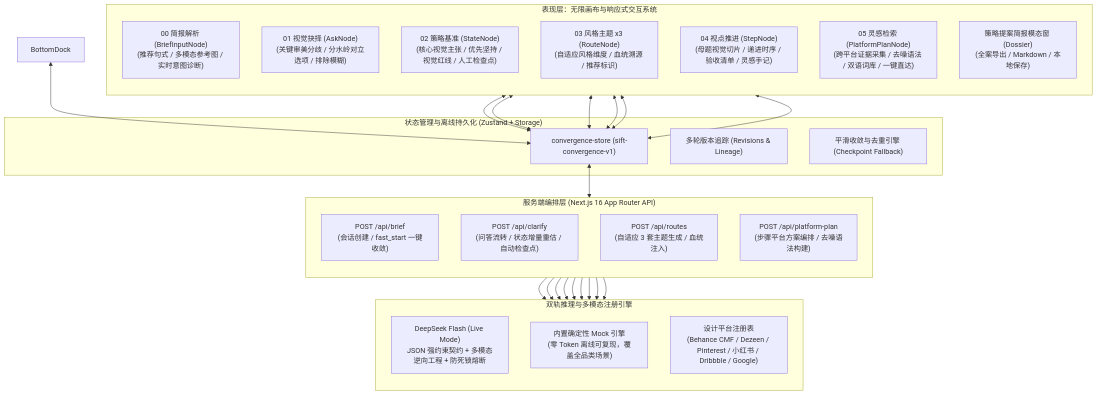
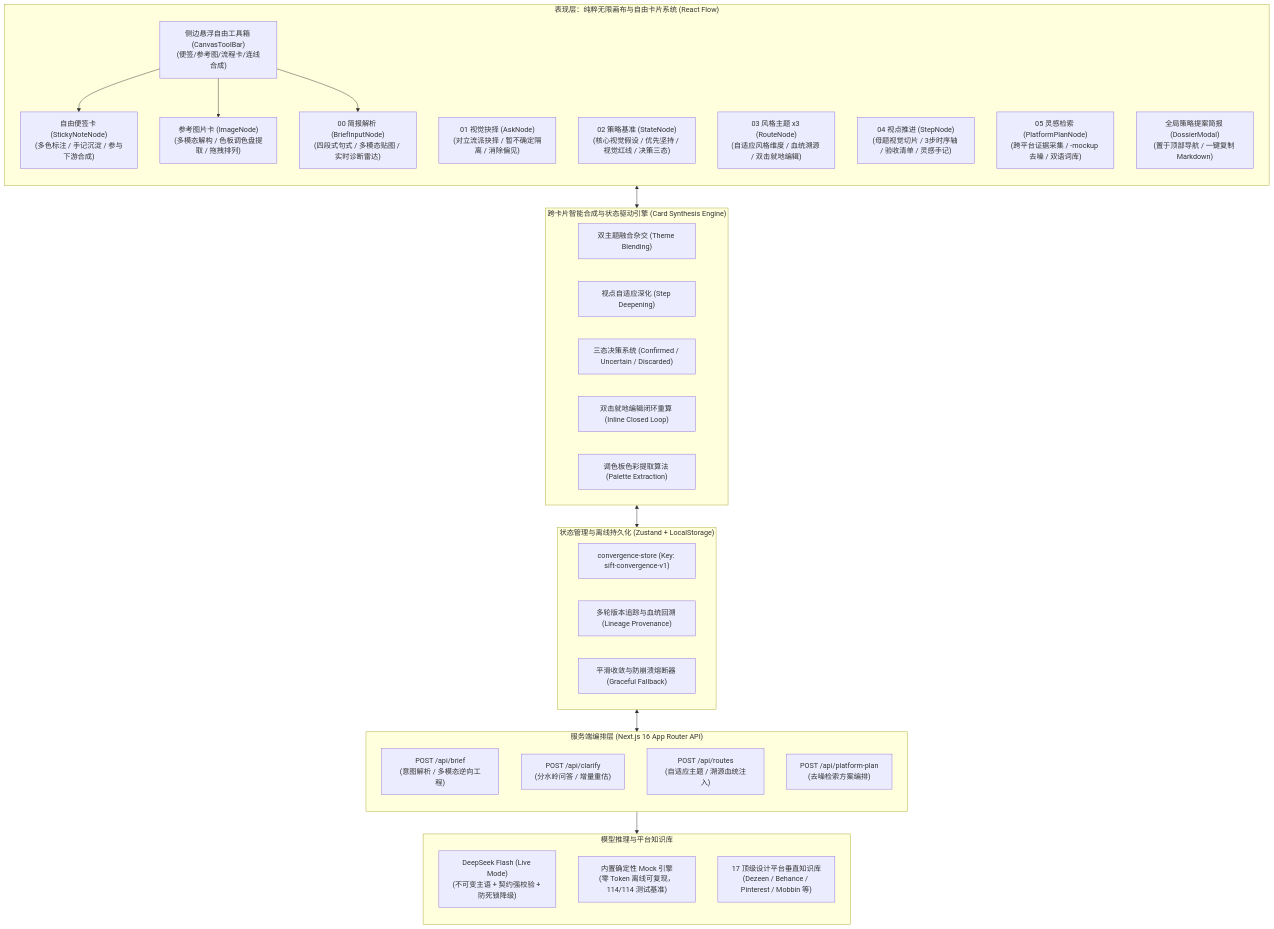
Before and after one commit to imLeyson/SIFT-Veribox: the first of 5 diagrams in docs/SIFT_PRD_AND_USER_FLOW.md, drawn with Mermaid. The commit also changed other lines of this file and 5 other files, not shown here.

Commit message:
fix(p0): normalize upstream node resolution and debounce sticky note inputs

````diff
--- a/docs/SIFT_PRD_AND_USER_FLOW.md
+++ b/docs/SIFT_PRD_AND_USER_FLOW.md
@@ -98,40 +101,51 @@
 ```mermaid
 flowchart TD
-    subgraph Client_Layer ["表现层：无限画布与响应式交互系统"]
+    subgraph View_Layer ["表现层：纯粹无限画布与自由卡片系统 (React Flow)"]
         direction TB
-        Node00["00 简报解析 (BriefInputNode)\n(推荐句式 / 多模态参考图 / 实时意图诊断)"]
-        Node01["01 视觉抉择 (AskNode)\n(关键审美分歧 / 分水岭对立选项 / 排除模糊)"]
-        Node02["02 策略基准 (StateNode)\n(核心视觉主张 / 优先坚持 / 视觉红线 / 人工检查点)"]
-        Node03["03 风格主题 x3 (RouteNode)\n(自适应风格维度 / 血统溯源 / 推荐标识)"]
-        Node04["04 视点推进 (StepNode)\n(母题视觉切片 / 递进时序 / 验收清单 / 灵感手记)"]
-        Node05["05 灵感检索 (PlatformPlanNode)\n(跨平台证据采集 / 去噪语法 / 双语词库 / 一键直达)"]
-        ModalDossier["策略提案简报模态窗 (Dossier)\n(全案导出 / Markdown / 本地保存)"]
+        ToolBar["侧边悬浮自由工具箱 (CanvasToolBar)\n(便签/参考图/流程卡/连线合成)"]
+        Node00["00 简报解析 (BriefInputNode)\n(四段式句式 / 多模态贴图 / 实时诊断雷达)"]
+        Node01["01 视觉抉择 (AskNode)\n(对立流派抉择 / 暂不确定隔离 / 消除偏见)"]
+        Node02["02 策略基准 (StateNode)\n(核心视觉假设 / 优先坚持 / 视觉红线 / 决策三态)"]
+        Node03["03 风格主题 x3 (RouteNode)\n(自适应风格维度 / 血统溯源 / 双击就地编辑)"]
+        Node04["04 视点推进 (StepNode)\n(母题视觉切片 / 3步时序轴 / 验收清单 / 灵感手记)"]
+        Node05["05 灵感检索 (PlatformPlanNode)\n(跨平台证据采集 / -mockup 去噪 / 双语词库)"]
+        NodeSticky["自由便签卡 (StickyNoteNode)\n(多色标注 / 手记沉淀 / 参与下游合成)"]
+        NodeImage["参考图片卡 (ImageNode)\n(多模态解构 / 色板调色盘提取 / 拖拽排列)"]
+        ModalDossier["全局策略提案简报 (DossierModal)\n(置于顶部导航 / 一键复制 Markdown)"]
     end
 
-    subgraph State_Layer ["状态管理与离线持久化 (Zustand + Storage)"]
-        Store["convergence-store (sift-convergence-v1)"]
-        HistoryManager["多轮版本追踪 (Revisions & Lineage)"]
-        GracefulEngine["平滑收敛与去重引擎 (Checkpoint Fallback)"]
+    subgraph Synthesis_Layer ["跨卡片智能合成与状态驱动引擎 (Card Synthesis Engine)"]
+        BlendEngine["双主题融合杂交 (Theme Blending)"]
+        DeepenEngine["视点自适应深化 (Step Deepening)"]
+        TriStateEngine["三态决策系统 (Confirmed / Uncertain / Discarded)"]
+        InlineEditLoop["双击就地编辑闭环重算 (Inline Closed Loop)"]
+        PaletteEngine["调色板色彩提取算法 (Palette Extraction)"]
+    end
+
+    subgraph Store_Layer ["状态管理与离线持久化 (Zustand + LocalStorage)"]
+        Store["convergence-store (Key: sift-convergence-v1)"]
+        HistoryTrace["多轮版本追踪与血统回溯 (Lineage Provenance)"]
+        FallbackShield["平滑收敛与防崩溃熔断器 (Graceful Fallback)"]
     end
 
     subgraph Server_Layer ["服务端编排层 (Next.js 16 App Router API)"]
         direction TB
-        APIBrief["POST /api/brief\n(会话创建 / fast_start 一键收敛)"]
-        APIClarify["POST /api/clarify\n(问答流转 / 状态增量重估 / 自动检查点)"]
-        APIRoutes["POST /api/routes\n(自适应 3 套主题生成 / 血统注入)"]
-        APIPlan["POST /api/platform-plan\n(步骤平台方案编排 / 去噪语法构建)"]
+        APIBrief["POST /api/brief\n(意图解析 / 多模态逆向工程)"]
+        APIClarify["POST /api/clarify\n(分水岭问答 / 增量重估)"]
+        APIRoutes["POST /api/routes\n(自适应主题 / 溯源血统注入)"]
+        APIPlan["POST /api/platform-plan\n(去噪检索方案编排)"]
     end
 
-    subgraph Engine_Layer ["双轨推理与多模态注册引擎"]
+    subgraph Engine_Layer ["模型推理与平台知识库"]
         direction TB
-        LLMLive["DeepSeek Flash (Live Mode)\nJSON 强约束契约 + 多模态逆向工程 + 防死锁熔断"]
-        LLMMock["内置确定性 Mock 引擎\n(零 Token 离线可复现，覆盖全品类场景)"]
-        PlatformRegistry["设计平台注册表\n(Behance CMF / Dezeen / Pinterest / 小红书 / Dribbble / Google)"]
+        LLMLive["DeepSeek Flash (Live Mode)\n(不可变主语 + 契约强校验 + 防死锁降级)"]
+        LLMMock["内置确定性 Mock 引擎\n(零 Token 离线可复现，114/114 测试基准)"]
+        PlatformRegistry["17 顶级设计平台垂直知识库\n(Dezeen / Behance / Pinterest / Mobbin 等)"]
     end
 
-    Node00 & Node01 & Node02 & Node03 & Node04 & Node05 <--> Store
-    BottomDock <--> Store
-    Store <--> Server_Layer
-    APIBrief & APIClarify & APIRoutes & APIPlan --> LLMLive & LLMMock
-    APIPlan --> PlatformRegistry
+    ToolBar --> NodeSticky & NodeImage & Node00
+    View_Layer <--> Synthesis_Layer
+    Synthesis_Layer <--> Store_Layer
+    Store_Layer <--> Server_Layer
+    Server_Layer --> Engine_Layer
 ```
````
